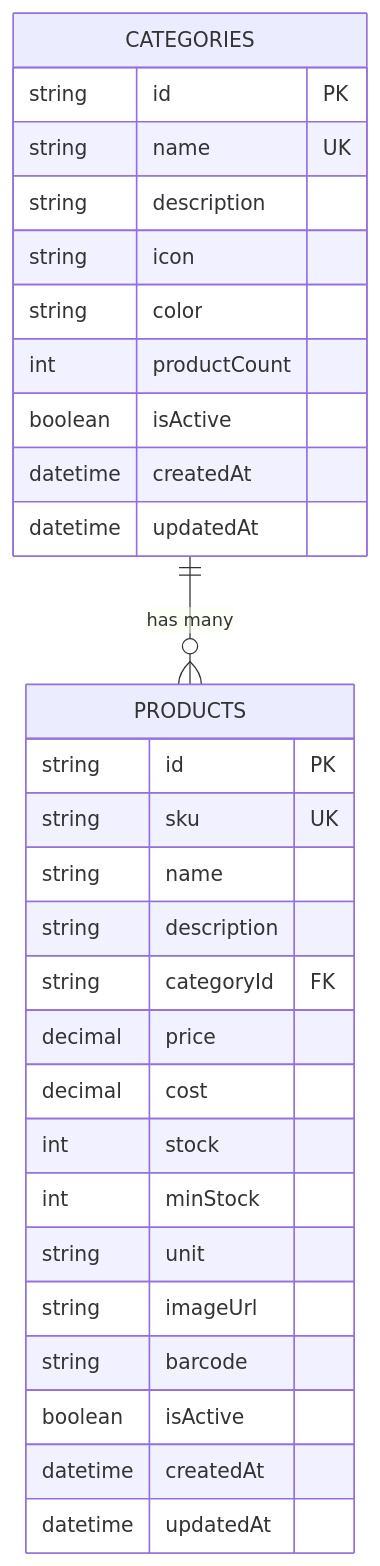
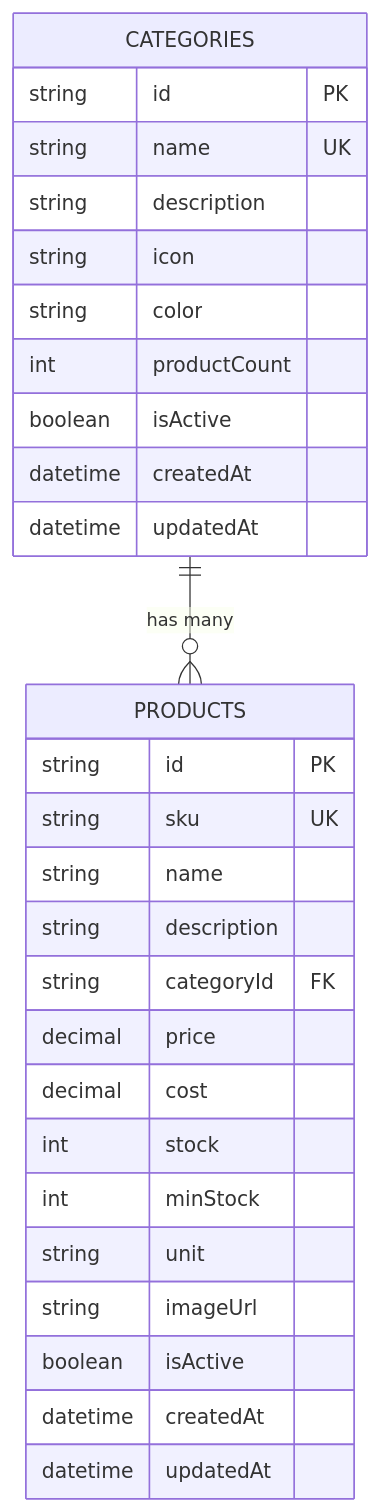
One commit to arutdevs/simplestock changed the diagram in docs/database-schema.md. Above: the diagram before and after it, drawn with Mermaid. The commit also changed other lines of this file and 1 other file, not shown here.

First line of the commit message:
Docs: Remove barcode field from database schema

````diff
--- a/docs/database-schema.md
+++ b/docs/database-schema.md
@@ -5,34 +5,33 @@
 ```mermaid
 erDiagram
     CATEGORIES {
         string id PK
         string name UK
         string description
         string icon
         string color
         int productCount
         boolean isActive
         datetime createdAt
         datetime updatedAt
     }
 
     PRODUCTS {
         string id PK
         string sku UK
         string name
         string description
         string categoryId FK
         decimal price
         decimal cost
         int stock
         int minStock
         string unit
         string imageUrl
-        string barcode
         boolean isActive
         datetime createdAt
         datetime updatedAt
     }
 
     CATEGORIES ||--o{ PRODUCTS : "has many"
 ```
````
